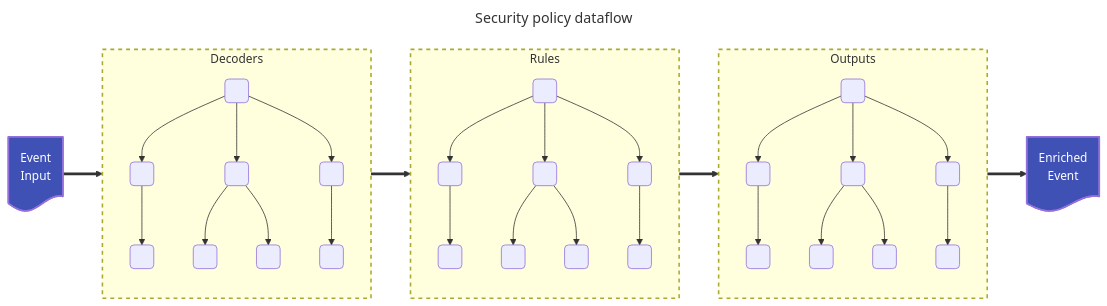
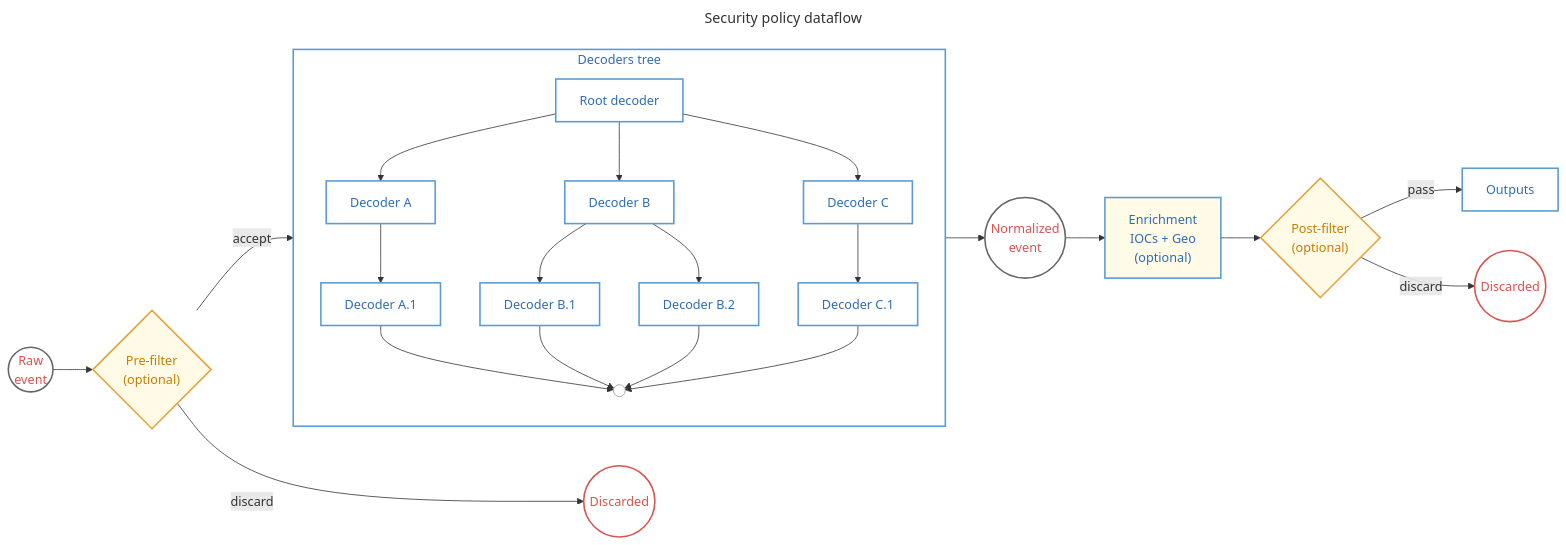
The second of 13 diagrams in docs/ref/modules/engine/README.md (wazuh/wazuh), drawn with Mermaid before and after one commit. The commit also changed other lines of this file, not shown here.

````diff
--- a/docs/ref/modules/engine/README.md
+++ b/docs/ref/modules/engine/README.md
@@ -180,74 +304,60 @@
 ```mermaid
 ---
 title: Security policy dataflow
 ---
 flowchart LR
 
-classDef EventBoxClass font-size: 15px,stroke-width:2px, color:#fff, fill:#3f51b5
-classDef TreeBoxClass font-size: 15px,stroke-width:2px,stroke-dasharray: 5 5
+classDef EventBoxClass fill:#ffffff,stroke:#666666,stroke-width:2px,color:#d9534f
+classDef ProcessBoxClass fill:#ffffff,stroke:#5b9bd5,stroke-width:2px,color:#2f6db3
+classDef DecisionBoxClass fill:#ffffff,stroke:#e6a23c,stroke-width:2px,color:#c77d00
+classDef DiscardBoxClass fill:#ffffff,stroke:#d9534f,stroke-width:2px,color:#d9534f
+classDef MergeClass fill:#ffffff,stroke:#999999,stroke-width:1px,color:#666666
+classDef TreeBoxClass stroke:#5b9bd5,stroke-width:2px,fill:#ffffff,color:#2f6db3
+classDef OptionalProcessClass fill:#fffbe6,stroke:#5b9bd5,stroke-width:2px,color:#2f6db3
+classDef OptionalDecisionClass fill:#fffbe6,stroke:#e6a23c,stroke-width:2px,color:#c77d00
 
- subgraph decoTree["Decoders"]
+rawEvent((Raw<br/>event)):::EventBoxClass
+preFilter{"Pre-filter<br/>(optional)"}:::OptionalDecisionClass
+discardPre((Discarded)):::DiscardBoxClass
+
+subgraph decoTree["Decoders tree"]
   direction TB
 
-  deco01(" ")
-  deco02(" ")
-  deco03(" ")
-  deco04(" ")
-  deco05(" ")
-  deco06(" ")
-  deco07(" ")
-  deco08(" ")
+  deco01["Root decoder"]:::ProcessBoxClass
+  deco02["Decoder A"]:::ProcessBoxClass
+  deco03["Decoder B"]:::ProcessBoxClass
+  deco04["Decoder C"]:::ProcessBoxClass
+  deco05["Decoder A.1"]:::ProcessBoxClass
+  deco06["Decoder B.1"]:::ProcessBoxClass
+  deco07["Decoder B.2"]:::ProcessBoxClass
+  deco08["Decoder C.1"]:::ProcessBoxClass
+  decoOut(( )):::MergeClass
 
   deco01 --> deco02 & deco03 & deco04
   deco02 --> deco05
   deco03 --> deco06 & deco07
   deco04 --> deco08
- end
 
- subgraph ruleTree["Rules"]
-  direction TB
+  deco05 --> decoOut
+  deco06 --> decoOut
+  deco07 --> decoOut
+  deco08 --> decoOut
+end
 
-  rule01(" ")
-  rule02(" ")
-  rule03(" ")
-  rule04(" ")
-  rule05(" ")
-  rule06(" ")
-  rule07(" ")
-  rule08(" ")
+normalizedEvent((Normalized<br/>event)):::EventBoxClass
+enrichment["Enrichment<br/>IOCs + Geo<br/>(optional)"]:::OptionalProcessClass
+postFilter{"Post-filter<br/>(optional)"}:::OptionalDecisionClass
+discardPost((Discarded)):::DiscardBoxClass
+outputs["Outputs"]:::ProcessBoxClass
 
-  rule01 --> rule02 & rule03 & rule04
-  rule02 --> rule05
-  rule03 --> rule06 & rule07
-  rule04 --> rule08
- end
+decoTree:::TreeBoxClass
 
- subgraph outputTree["Outputs"]
-  direction TB
+rawEvent --> preFilter
+preFilter -->|accept| deco01
+preFilter -->|discard| discardPre
 
-  output01(" ")
-  output02(" ")
-  output03(" ")
-  output04(" ")
-  output05(" ")
-  output06(" ")
-  output07(" ")
-  output08(" ")
-
-  output01 --> output02 & output03 & output04
-  output02 --> output05
-  output03 --> output06 & output07
-  output04 --> output08
-
- end
-
- decoTree:::TreeBoxClass
- ruleTree:::TreeBoxClass
- outputTree:::TreeBoxClass
- eventInput:::EventBoxClass
- eventOutput:::EventBoxClass
-
- %% Pipeline
- eventInput@{shape: doc, label: "Event</br>Input"}==>decoTree==>ruleTree==>outputTree==>eventOutput@{shape: doc, label: "Enriched</br>Event"}
-
+decoOut --> normalizedEvent
+normalizedEvent --> enrichment --> postFilter
+postFilter -->|pass| outputs
+postFilter -->|discard| discardPost
 ```
````
